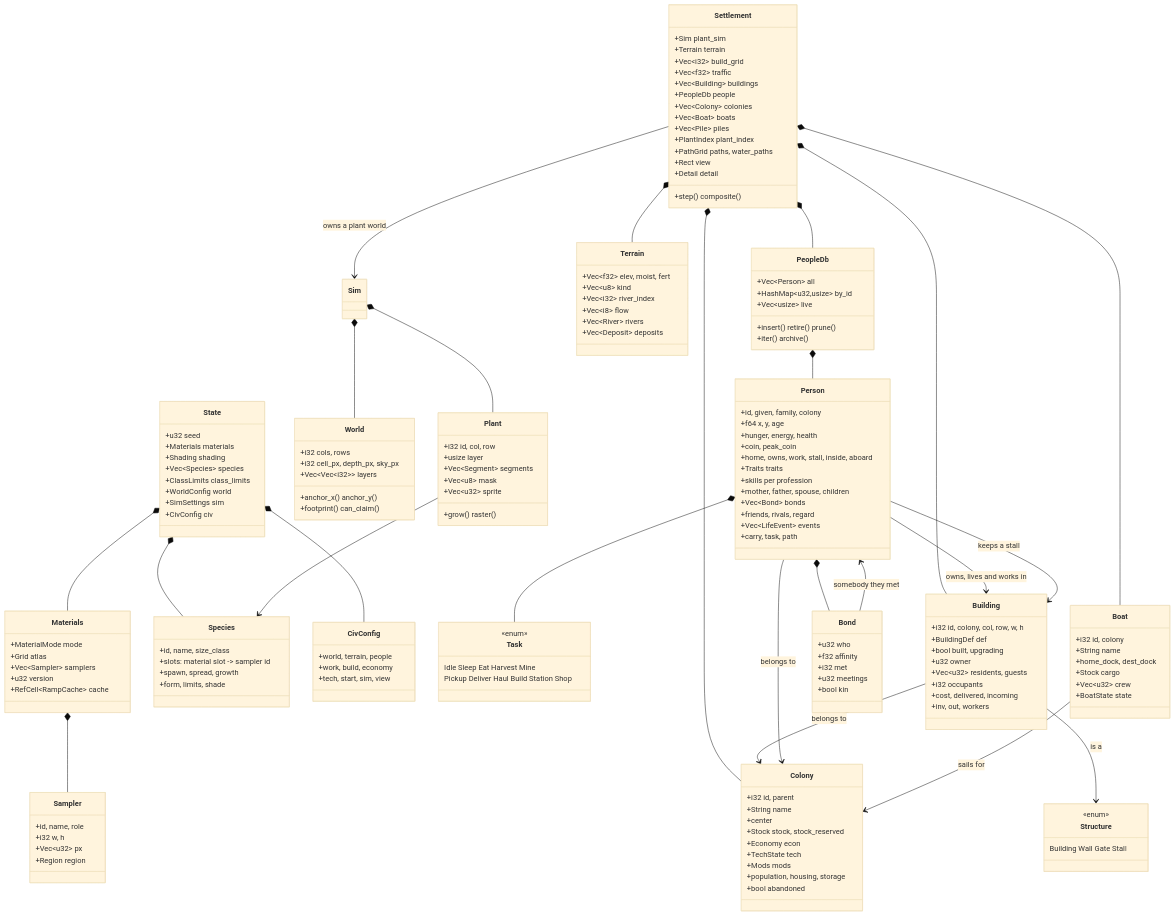
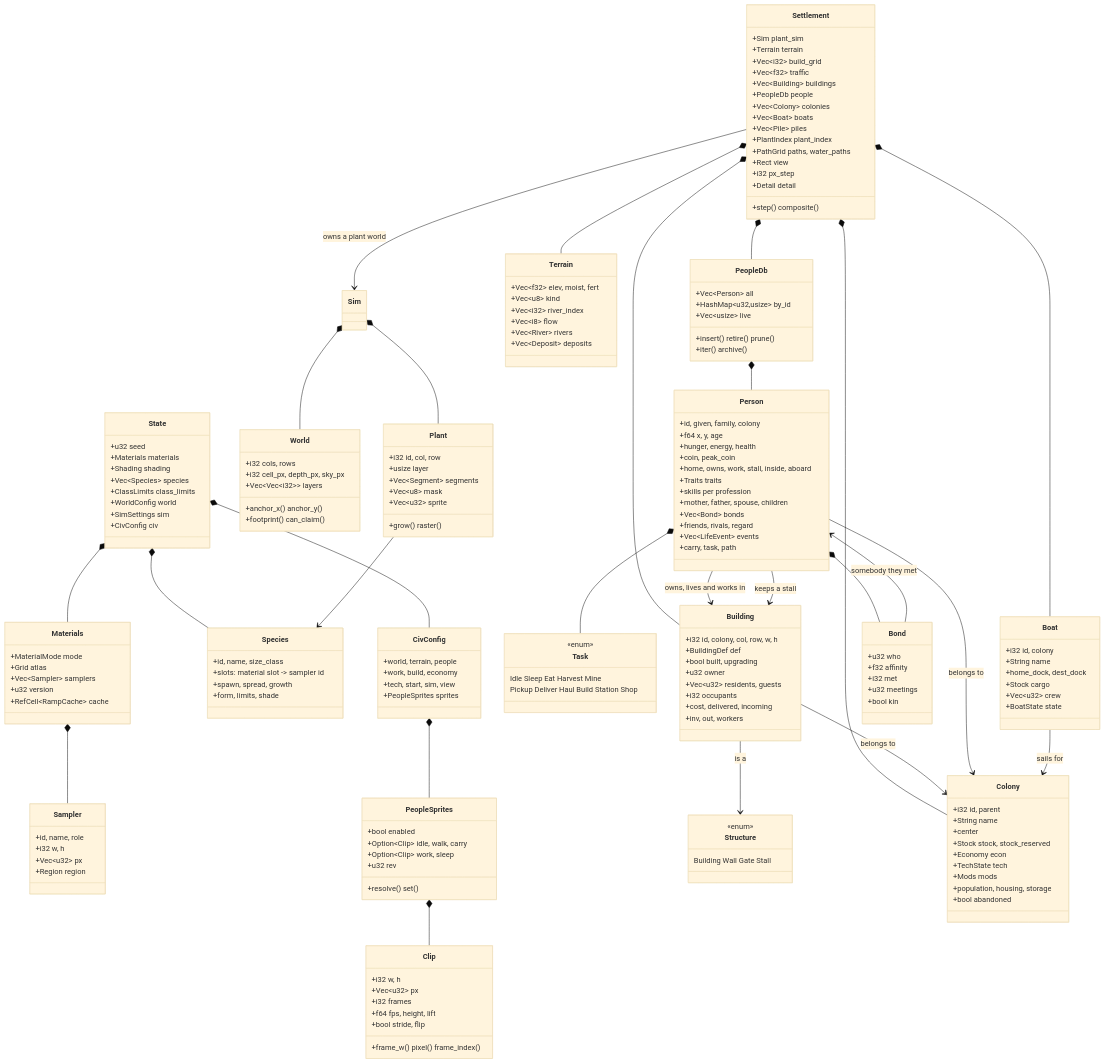
Before and after one commit to tmpk13/grow: the fourth of 32 diagrams in ARCHITECTURE.md, drawn with Mermaid (base theme). The commit also changed other lines of this file and 19 other files, not shown here.

```diff
--- a/ARCHITECTURE.md
+++ b/ARCHITECTURE.md
@@ -226,6 +232,24 @@
     +world, terrain, people
     +work, build, economy
     +tech, start, sim, view
+    +PeopleSprites sprites
+  }
+
+  class PeopleSprites {
+    +bool enabled
+    +Option~Clip~ idle, walk, carry
+    +Option~Clip~ work, sleep
+    +u32 rev
+    +resolve() set()
+  }
+
+  class Clip {
+    +i32 w, h
+    +Vec~u32~ px
+    +i32 frames
+    +f64 fps, height, lift
+    +bool stride, flip
+    +frame_w() pixel() frame_index()
   }
 
   class Task {
@@ -252,6 +276,7 @@
     +PlantIndex plant_index
     +PathGrid paths, water_paths
     +Rect view
+    +i32 px_step
     +Detail detail
     +step() composite()
   }
@@ -331,6 +356,8 @@
   State *-- Materials
   State *-- Species
   State *-- CivConfig
+  CivConfig *-- PeopleSprites
+  PeopleSprites *-- Clip
   Materials *-- Sampler
   Sim *-- World
   Sim *-- Plant
```
